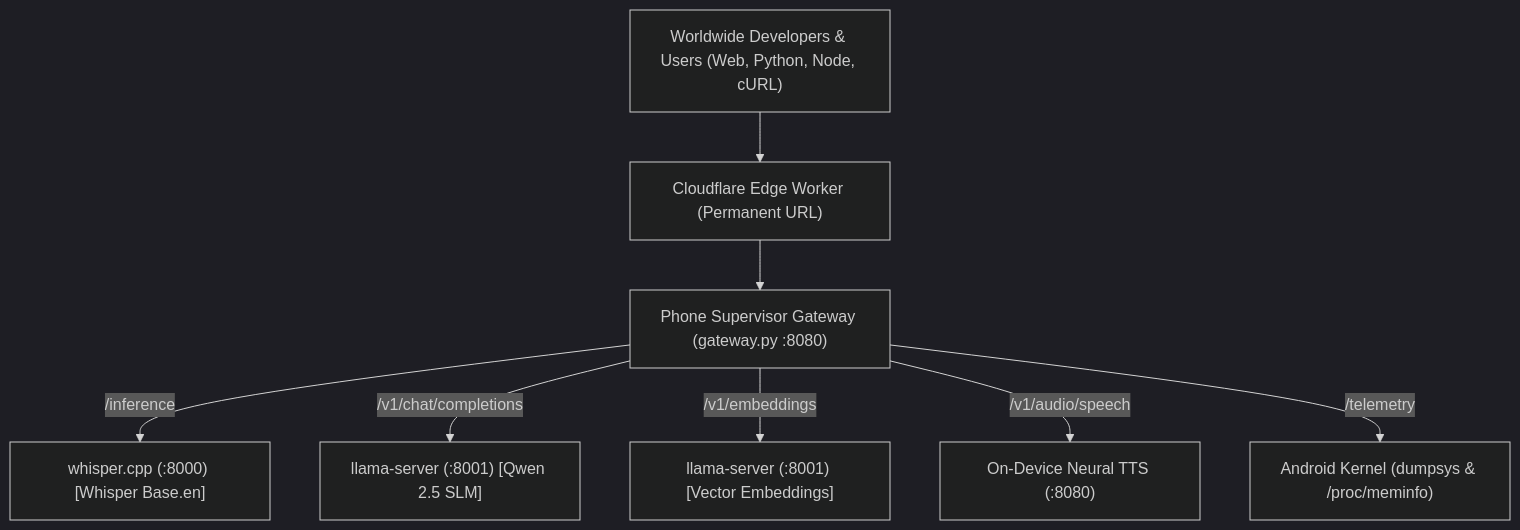
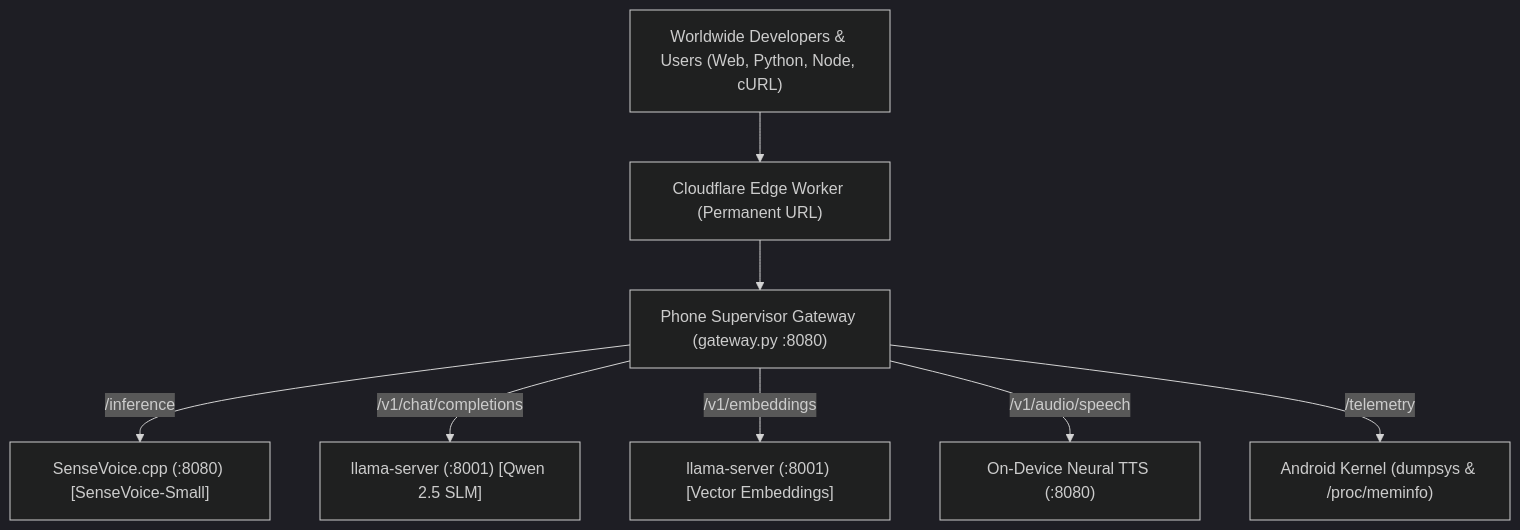
Before and after one commit to Electroiscoding/phone-whisper-server: the diagram in README.md, drawn with Mermaid (dark theme). The commit also changed other lines of this file and 2 other files, not shown here.

Commit message:
docs: Update all project documentation, API references, and architecture specs to Alibaba SenseVoice-Small

````diff
--- a/README.md
+++ b/README.md
@@ -44,11 +44,11 @@
 ```mermaid
 flowchart TD
     Client["Worldwide Developers & Users (Web, Python, Node, cURL)"] --> CF["Cloudflare Edge Worker (Permanent URL)"]
     CF --> Phone["Phone Supervisor Gateway (gateway.py :8080)"]
     
-    Phone -->|"/inference"| Whisper["whisper.cpp (:8000) [Whisper Base.en]"]
+    Phone -->|"/inference"| SenseVoice["SenseVoice.cpp (:8080) [SenseVoice-Small]"]
     Phone -->|"/v1/chat/completions"| LlamaChat["llama-server (:8001) [Qwen 2.5 SLM]"]
     Phone -->|"/v1/embeddings"| LlamaEmb["llama-server (:8001) [Vector Embeddings]"]
     Phone -->|"/v1/audio/speech"| TTS["On-Device Neural TTS (:8080)"]
     Phone -->|"/telemetry"| Kernel["Android Kernel (dumpsys & /proc/meminfo)"]
 ```
````
